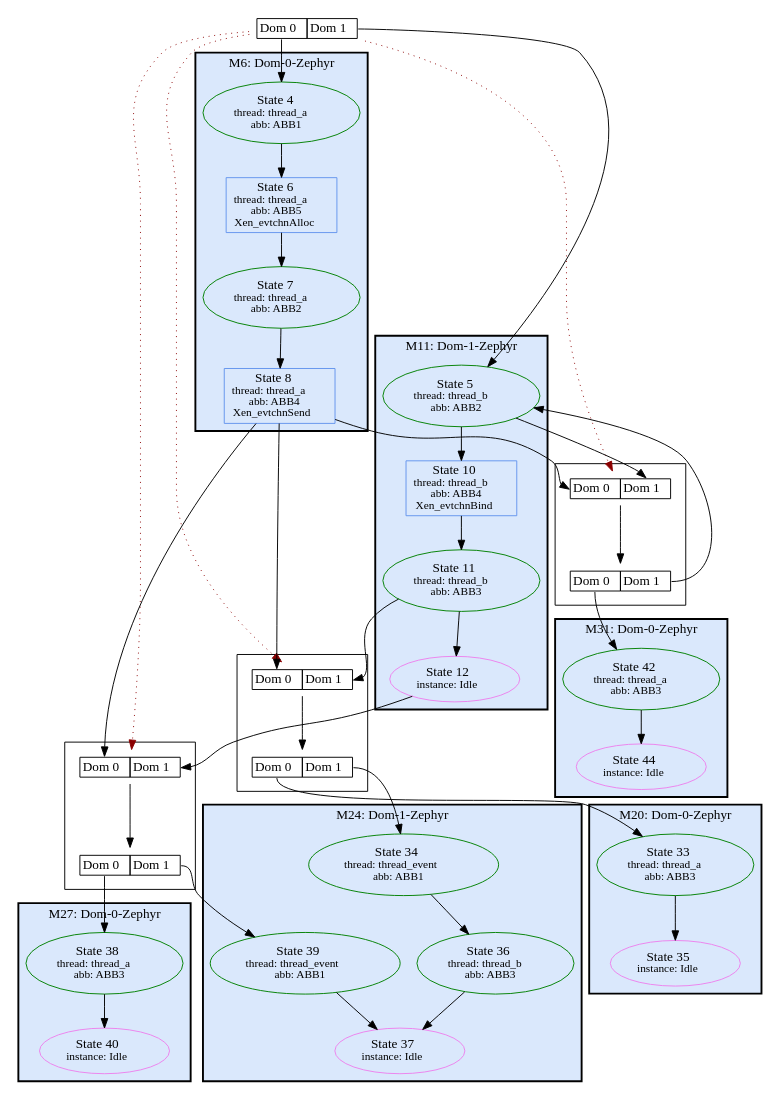
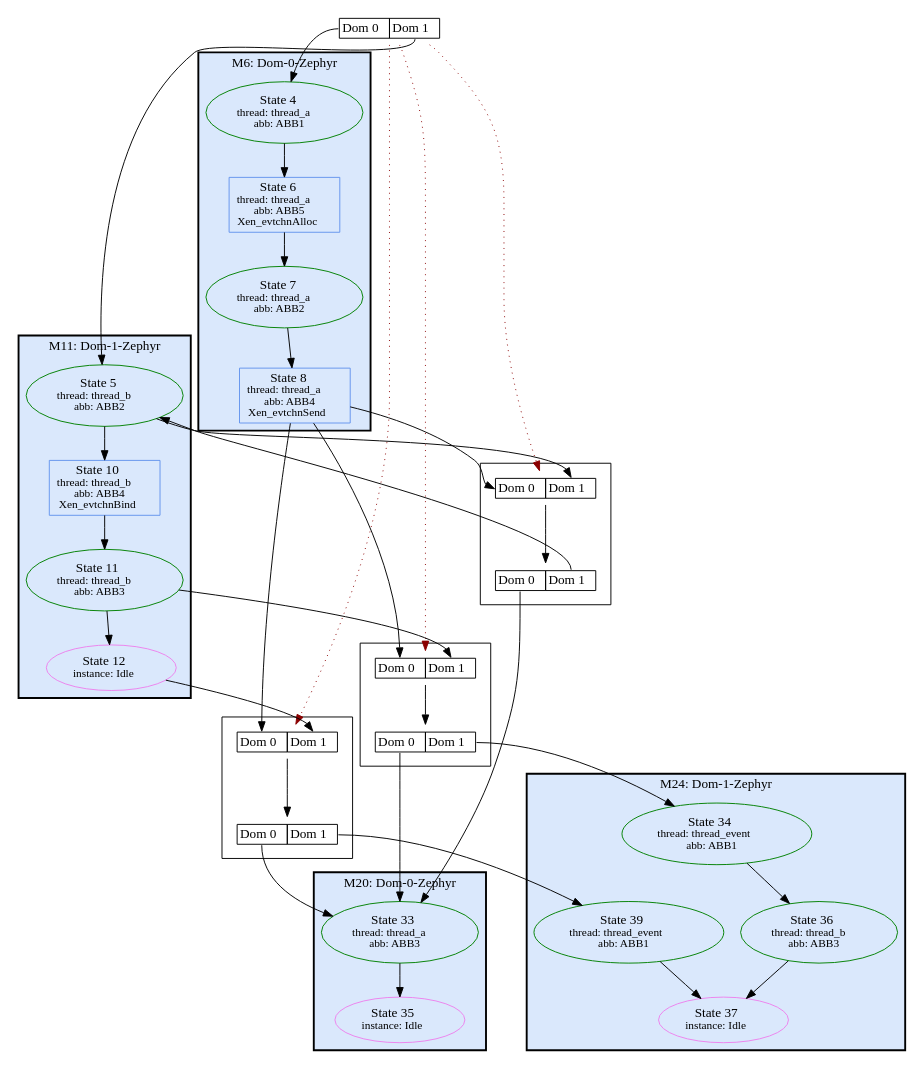
Before and after one commit to luhsra/ara: the diagram in appl/Xen/hc-zephyr-notiming/HyperSSE.hc-zephyr-notiming.hstg.dot, drawn with Graphviz. The commit also changed 17 other files, not shown here.

```diff
--- a/appl/Xen/hc-zephyr-notiming/HyperSSE.hc-zephyr-notiming.hstg.dot
+++ b/appl/Xen/hc-zephyr-notiming/HyperSSE.hc-zephyr-notiming.hstg.dot
@@ -1,108 +1,90 @@
 digraph G {
 label="";
 1 [label=<<TABLE BORDER="0" CELLBORDER="1" CELLSPACING="0"><TR><TD PORT="c0">Dom 0</TD><TD PORT="c1">Dom 1</TD></TR></TABLE>>, shape=plaintext, tooltip=1];
 subgraph cluster_6 {
 bgcolor="#DAE8FC";
 label="M6: Dom-0-Zephyr";
 style=bold;
 2 [color=green, fontsize=14, label=<State 4<br/><font point-size='12'>thread: thread_a<br/>abb: ABB1</font>>, style=solid, tooltip=2];
 3 [color=cornflowerblue, fontsize=14, label=<State 6<br/><font point-size='12'>thread: thread_a<br/>abb: ABB5<br/>Xen_evtchnAlloc</font>>, shape=box, tooltip=3];
 4 [color=green, fontsize=14, label=<State 7<br/><font point-size='12'>thread: thread_a<br/>abb: ABB2</font>>, style=solid, tooltip=4];
 5 [color=cornflowerblue, fontsize=14, label=<State 8<br/><font point-size='12'>thread: thread_a<br/>abb: ABB4<br/>Xen_evtchnSend</font>>, shape=box, tooltip=5];
 }
 
 subgraph cluster_11 {
 bgcolor="#DAE8FC";
 label="M11: Dom-1-Zephyr";
 style=bold;
 8 [color=cornflowerblue, fontsize=14, label=<State 10<br/><font point-size='12'>thread: thread_b<br/>abb: ABB4<br/>Xen_evtchnBind</font>>, shape=box, tooltip=8];
 9 [color=green, fontsize=14, label=<State 11<br/><font point-size='12'>thread: thread_b<br/>abb: ABB3</font>>, style=solid, tooltip=9];
 10 [color=violet, fontsize=14, label=<State 12<br/><font point-size='12'>instance: Idle</font>>, style=solid, tooltip=10];
 7 [color=green, fontsize=14, label=<State 5<br/><font point-size='12'>thread: thread_b<br/>abb: ABB2</font>>, style=solid, tooltip=7];
 }
 
 subgraph cluster_20 {
 bgcolor="#DAE8FC";
 label="M20: Dom-0-Zephyr";
 style=bold;
 18 [color=green, fontsize=14, label=<State 33<br/><font point-size='12'>thread: thread_a<br/>abb: ABB3</font>>, style=solid, tooltip=18];
 19 [color=violet, fontsize=14, label=<State 35<br/><font point-size='12'>instance: Idle</font>>, style=solid, tooltip=19];
 }
 
 subgraph cluster_24 {
 bgcolor="#DAE8FC";
 label="M24: Dom-1-Zephyr";
 style=bold;
 21 [color=green, fontsize=14, label=<State 34<br/><font point-size='12'>thread: thread_event<br/>abb: ABB1</font>>, style=solid, tooltip=21];
 22 [color=green, fontsize=14, label=<State 36<br/><font point-size='12'>thread: thread_b<br/>abb: ABB3</font>>, style=solid, tooltip=22];
 23 [color=violet, fontsize=14, label=<State 37<br/><font point-size='12'>instance: Idle</font>>, style=solid, tooltip=23];
-28 [color=green, fontsize=14, label=<State 39<br/><font point-size='12'>thread: thread_event<br/>abb: ABB1</font>>, style=solid, tooltip=28];
-}
-
-subgraph cluster_27 {
-bgcolor="#DAE8FC";
-label="M27: Dom-0-Zephyr";
-style=bold;
-25 [color=green, fontsize=14, label=<State 38<br/><font point-size='12'>thread: thread_a<br/>abb: ABB3</font>>, style=solid, tooltip=25];
-26 [color=violet, fontsize=14, label=<State 40<br/><font point-size='12'>instance: Idle</font>>, style=solid, tooltip=26];
-}
-
-subgraph cluster_31 {
-bgcolor="#DAE8FC";
-label="M31: Dom-0-Zephyr";
-style=bold;
-29 [color=green, fontsize=14, label=<State 42<br/><font point-size='12'>thread: thread_a<br/>abb: ABB3</font>>, style=solid, tooltip=29];
-30 [color=violet, fontsize=14, label=<State 44<br/><font point-size='12'>instance: Idle</font>>, style=solid, tooltip=30];
+25 [color=green, fontsize=14, label=<State 39<br/><font point-size='12'>thread: thread_event<br/>abb: ABB1</font>>, style=solid, tooltip=25];
 }
 
 subgraph cluster_Metasync12 {
 label="";
 12 [label=<<TABLE BORDER="0" CELLBORDER="1" CELLSPACING="0"><TR><TD PORT="c0">Dom 0</TD><TD PORT="c1">Dom 1</TD></TR></TABLE>>, shape=plaintext, tooltip=12];
 13 [label=<<TABLE BORDER="0" CELLBORDER="1" CELLSPACING="0"><TR><TD PORT="c0">Dom 0</TD><TD PORT="c1">Dom 1</TD></TR></TABLE>>, shape=plaintext, tooltip=13];
 }
 
 subgraph cluster_Metasync14 {
 label="";
 14 [label=<<TABLE BORDER="0" CELLBORDER="1" CELLSPACING="0"><TR><TD PORT="c0">Dom 0</TD><TD PORT="c1">Dom 1</TD></TR></TABLE>>, shape=plaintext, tooltip=14];
 15 [label=<<TABLE BORDER="0" CELLBORDER="1" CELLSPACING="0"><TR><TD PORT="c0">Dom 0</TD><TD PORT="c1">Dom 1</TD></TR></TABLE>>, shape=plaintext, tooltip=15];
 }
 
 subgraph cluster_Metasync16 {
 label="";
 16 [label=<<TABLE BORDER="0" CELLBORDER="1" CELLSPACING="0"><TR><TD PORT="c0">Dom 0</TD><TD PORT="c1">Dom 1</TD></TR></TABLE>>, shape=plaintext, tooltip=16];
 17 [label=<<TABLE BORDER="0" CELLBORDER="1" CELLSPACING="0"><TR><TD PORT="c0">Dom 0</TD><TD PORT="c1">Dom 1</TD></TR></TABLE>>, shape=plaintext, tooltip=17];
 }
 
 1:c0 -> 2  [color=black];
 1:c1 -> 7  [color=black];
 1 -> 12  [color=darkred, style=dotted];
 1 -> 14  [color=darkred, style=dotted];
 1 -> 16  [color=darkred, style=dotted];
 2 -> 3  [color=black];
 3 -> 4  [color=black];
 4 -> 5  [color=black];
 5 -> 12:c0  [color=black];
 5 -> 14:c0  [color=black];
 5 -> 16:c0  [color=black];
 7 -> 8  [color=black];
 7 -> 16:c1  [color=black];
 8 -> 9  [color=black];
 9 -> 10  [color=black];
 9 -> 12:c1  [color=black];
 10 -> 14:c1  [color=black];
 12 -> 13  [color=black];
 13:c0 -> 18  [color=black];
 13:c1 -> 21  [color=black];
 14 -> 15  [color=black];
-15:c0 -> 25  [color=black];
-15:c1 -> 28  [color=black];
+15:c0 -> 18  [color=black];
+15:c1 -> 25  [color=black];
 16 -> 17  [color=black];
-17:c0 -> 29  [color=black];
+17:c0 -> 18  [color=black];
 17:c1 -> 7  [color=black];
 18 -> 19  [color=black];
 21 -> 22  [color=black];
 22 -> 23  [color=black];
-25 -> 26  [color=black];
-28 -> 23  [color=black];
-29 -> 30  [color=black];
+25 -> 23  [color=black];
 }
```
